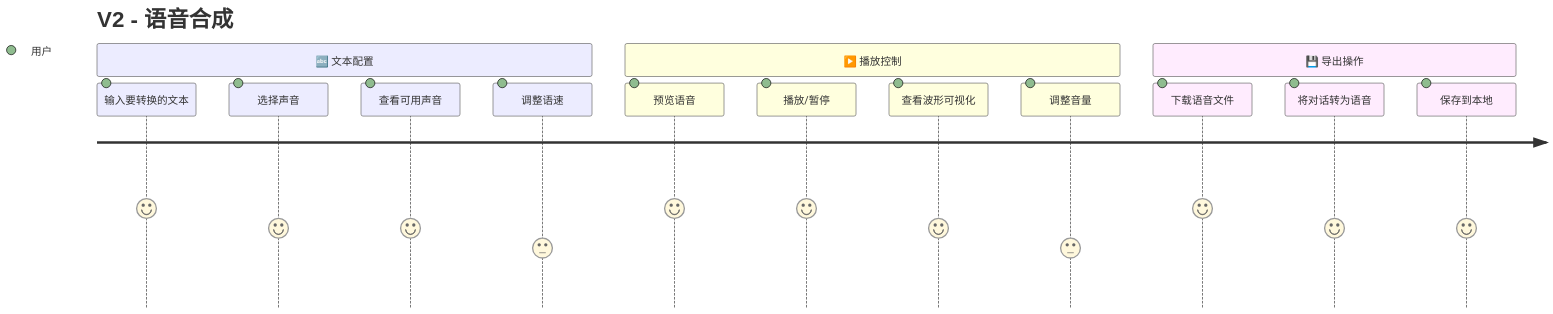
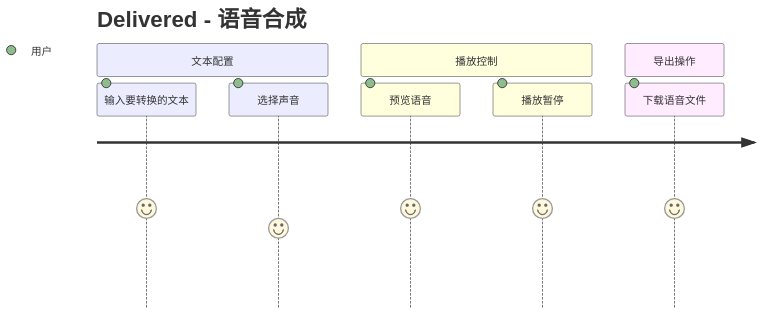
Before and after one commit to felixzhu97/explore-ai: the fifth of 14 diagrams in docs/User-Story-Map.md, drawn with Mermaid. The commit also changed other lines of this file and 13 other files, not shown here.

````diff
--- a/docs/User-Story-Map.md
+++ b/docs/User-Story-Map.md
@@ -115,18 +124,12 @@
 ```mermaid
 journey
-    title V2 - 语音合成
-    section 🔤 文本配置
+    title Delivered - 语音合成
+    section 文本配置
         输入要转换的文本: 5: 用户
         选择声音: 4: 用户
-        查看可用声音: 4: 用户
-        调整语速: 3: 用户
-    section ▶️ 播放控制
+    section 播放控制
         预览语音: 5: 用户
-        播放/暂停: 5: 用户
-        查看波形可视化: 4: 用户
-        调整音量: 3: 用户
-    section 💾 导出操作
+        播放暂停: 5: 用户
+    section 导出操作
         下载语音文件: 5: 用户
-        将对话转为语音: 4: 用户
-        保存到本地: 4: 用户
 ```
````
